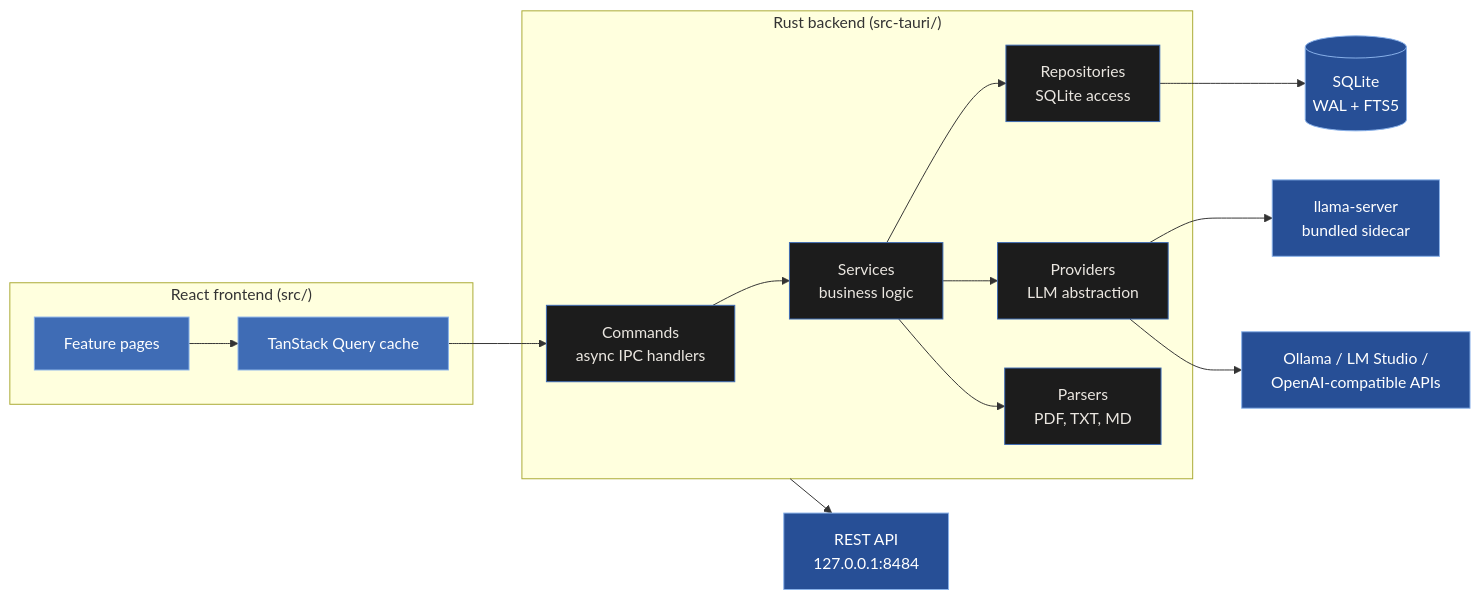
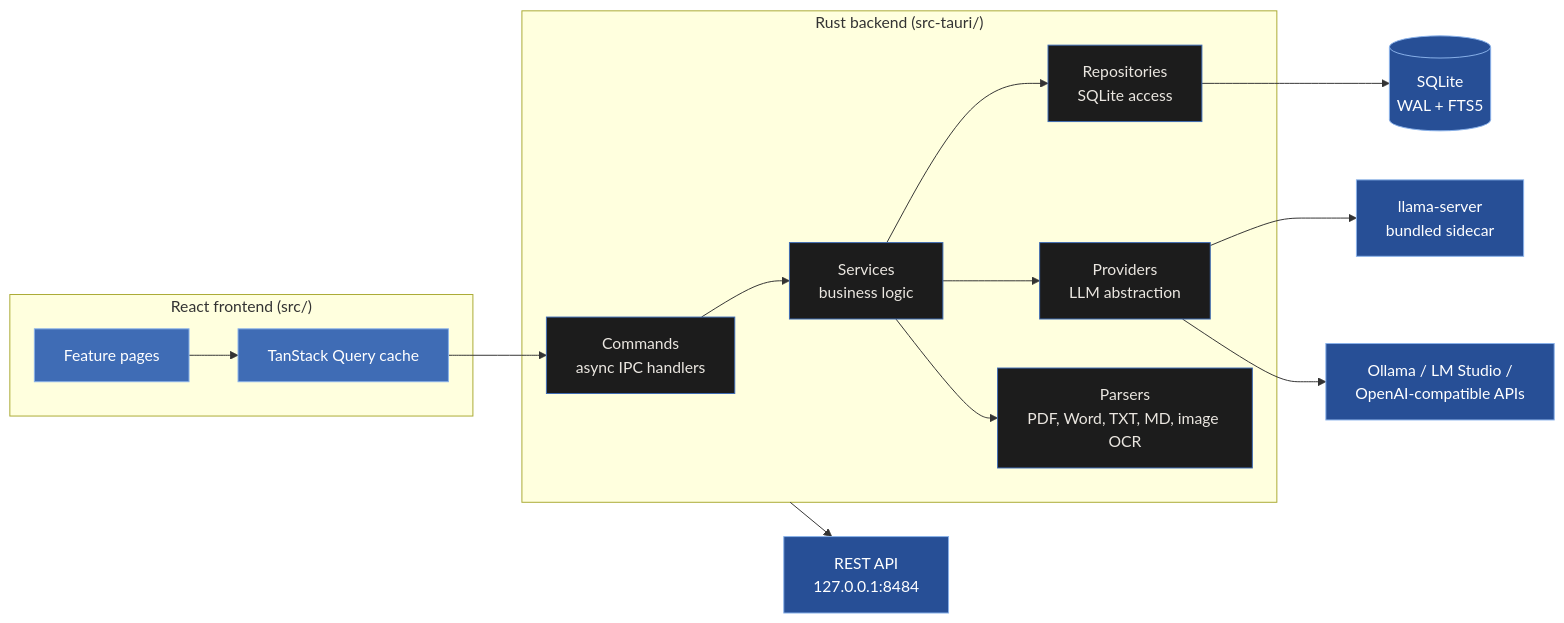
One commit to Amey-Thakur/NotebookLab changed the first of 4 diagrams in docs/ARCHITECTURE.md. Above: the diagram before and after it, drawn with Mermaid. The commit also changed 17 other files, not shown here.

````diff
--- a/docs/ARCHITECTURE.md
+++ b/docs/ARCHITECTURE.md
@@ -21,36 +21,36 @@
 ```mermaid
 flowchart LR
     subgraph Frontend["React frontend (src/)"]
         UI[Feature pages]
         Q[TanStack Query cache]
     end
 
     subgraph Backend["Rust backend (src-tauri/)"]
         C[Commands<br>async IPC handlers]
         S[Services<br>business logic]
         R[Repositories<br>SQLite access]
         P[Providers<br>LLM abstraction]
-        F[Parsers<br>PDF, TXT, MD]
+        F[Parsers<br>PDF, Word, TXT, MD, image OCR]
     end
 
     DB[(SQLite<br>WAL + FTS5)]
     LS[llama-server<br>bundled sidecar]
     EXT[Ollama / LM Studio /<br>OpenAI-compatible APIs]
     API[REST API<br>127.0.0.1:8484]
 
     UI --> Q --> C
     C --> S
     S --> R --> DB
     S --> P
     S --> F
     P --> LS
     P --> EXT
     Backend --> API
 
     classDef front fill:#3f6cb5,stroke:#8ab2ea,color:#ffffff
     classDef back fill:#1c1c1c,stroke:#3f6cb5,color:#eae6e0
     classDef store fill:#274f96,stroke:#8ab2ea,color:#ffffff
     class UI,Q front
     class C,S,R,P,F back
     class DB,LS,EXT,API store
 ```
````
